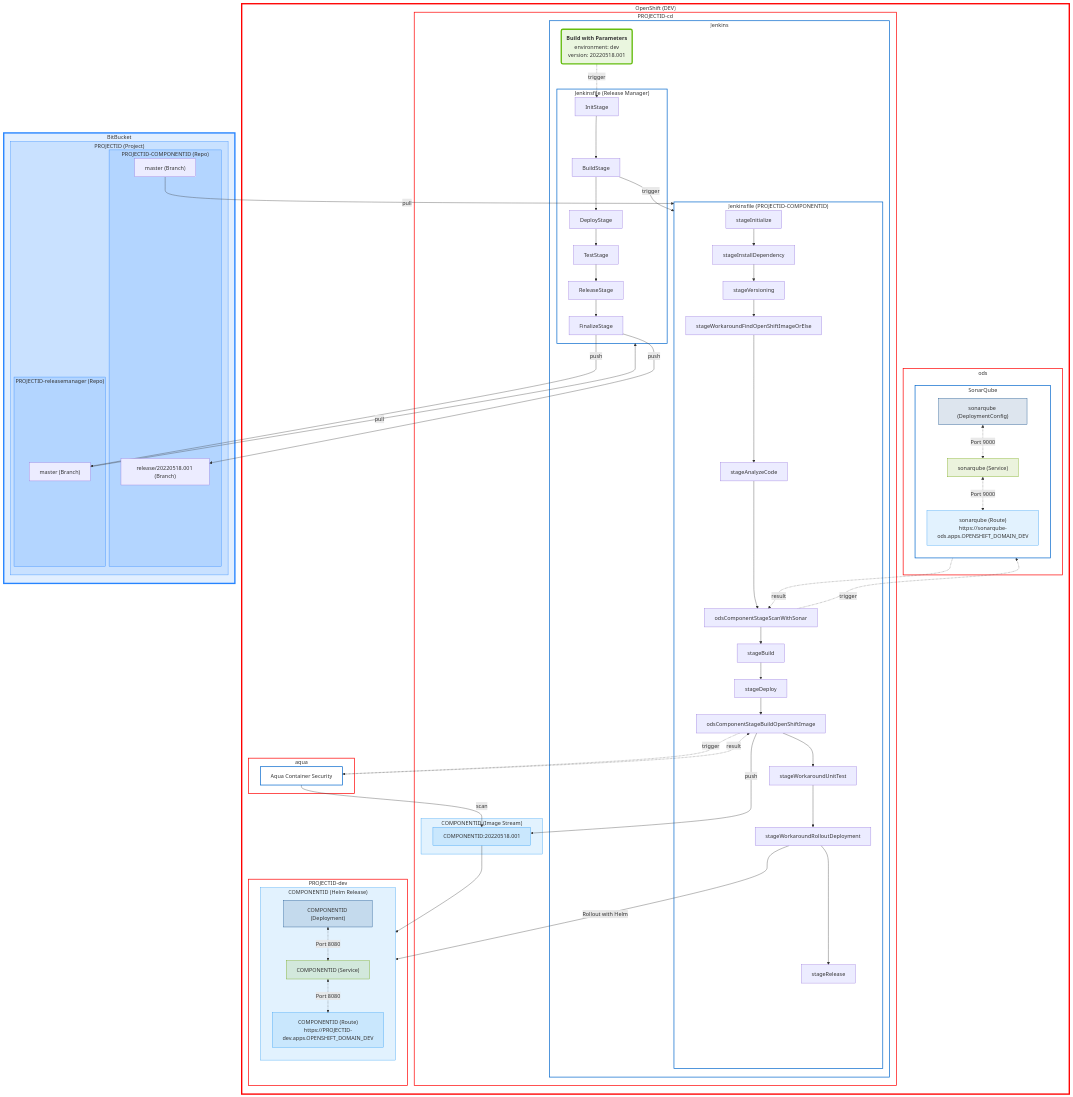
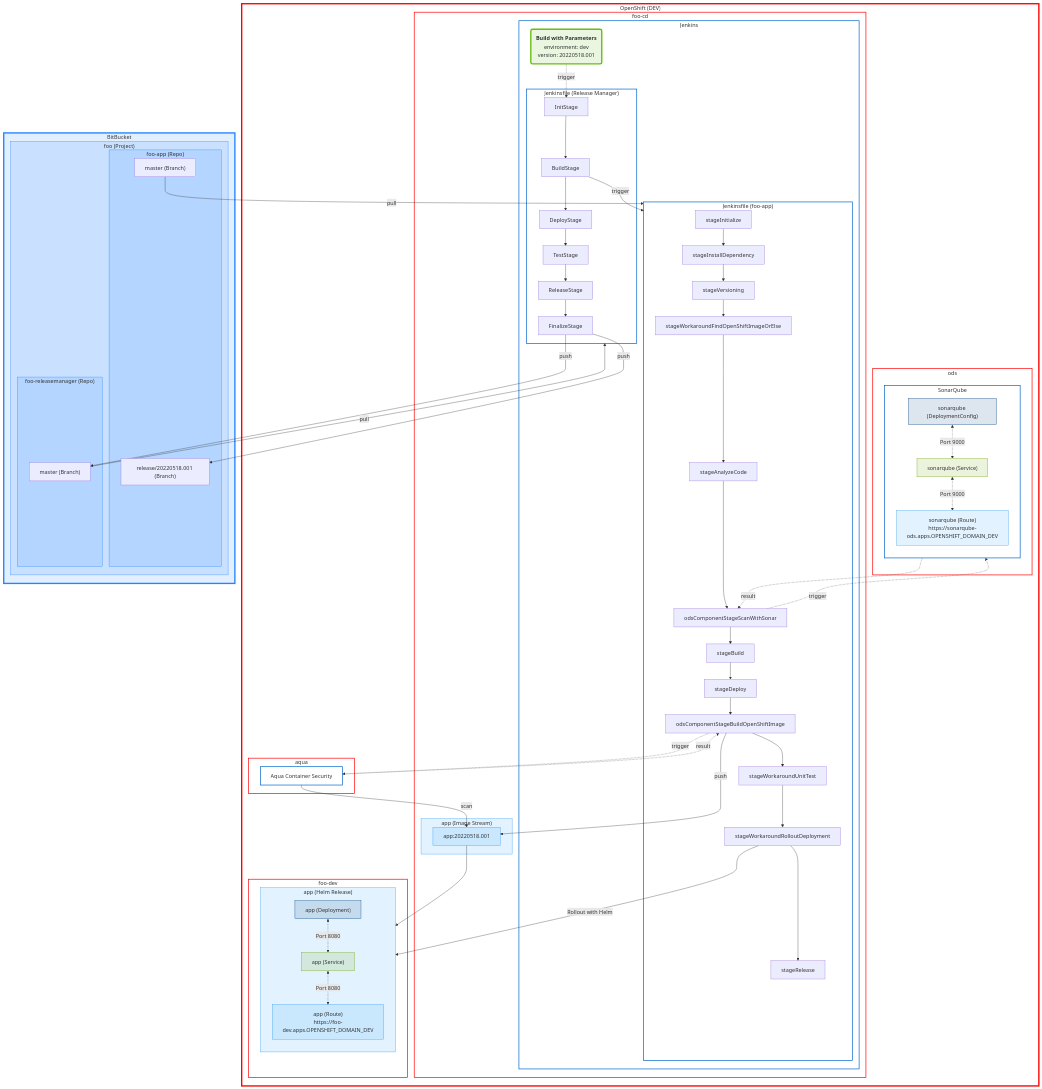
Before and after one commit to SimonGolms/ods-quickstarter-fe-ionic-react-vite-playwright: the third of 5 diagrams in README.md, drawn with Mermaid. The commit also changed other lines of this file and 1 other file, not shown here.

First line of the commit message:
chore(release): 1.0.3 [skip ci]

````diff
--- a/README.md
+++ b/README.md
@@ -717,9 +717,9 @@
 flowchart TB
     subgraph openshift-dev["OpenShift (DEV)"]
 
-        subgraph PROJECTID-cd
+        subgraph foo-cd
             subgraph jenkins["Jenkins"]
-                subgraph jenkinsfile-PROJECTID-COMPONENTID["Jenkinsfile (PROJECTID-COMPONENTID)"]
+                subgraph jenkinsfile-foo-app["Jenkinsfile (foo-app)"]
                     stageInitialize-->stageInstallDependency-->stageVersioning-->stageWorkaroundFindOpenShiftImageOrElse --> stageAnalyzeCode-->odsComponentStageScanWithSonar-->stageBuild-->stageDeploy-->odsComponentStageBuildOpenShiftImage-->stageWorkaroundUnitTest-->stageWorkaroundRolloutDeployment-->stageRelease
                 end
                 build-with-parameters("<strong>Build with Parameters</strong>\nenvironment: dev\nversion: 20220518.001"):::classManualTask
@@ -727,8 +727,8 @@
                     InitStage --> BuildStage --> DeployStage --> TestStage --> ReleaseStage --> FinalizeStage
                 end
             end
-            subgraph cd-IS-COMPONENTID["COMPONENTID (Image Stream)"]
-                cd-IST-COMPONENTID["COMPONENTID:20220518.001"]:::classImageStreamTag
+            subgraph cd-IS-app["app (Image Stream)"]
+                cd-IST-app["app:20220518.001"]:::classImageStreamTag
             end
         end
         subgraph ods
@@ -740,37 +740,37 @@
         subgraph aqua
             aqua-aqua["Aqua Container Security"]
         end
-        subgraph PROJECTID-dev
-            subgraph dev-HR-COMPONENTID["COMPONENTID (Helm Release)"]
+        subgraph foo-dev
+            subgraph dev-HR-app["app (Helm Release)"]
                 direction TB
-                dev-D-COMPONENTID["COMPONENTID (Deployment)"]:::classDeployment <-. Port 8080 .-> dev-S-COMPONENTID["COMPONENTID (Service)"]:::classService <-. Port 8080 .-> dev-RT-COMPONENTID["COMPONENTID (Route)\nhttps://PROJECTID-dev.apps.OPENSHIFT_DOMAIN_DEV"]:::classRoute
+                dev-D-app["app (Deployment)"]:::classDeployment <-. Port 8080 .-> dev-S-app["app (Service)"]:::classService <-. Port 8080 .-> dev-RT-app["app (Route)\nhttps://foo-dev.apps.OPENSHIFT_DOMAIN_DEV"]:::classRoute
             end
         end
     end
     subgraph BitBucket
-        subgraph bitbucket-PROJECTID["PROJECTID (Project)"]
-            subgraph bitbucket-PROJECTID-COMPONENTID["PROJECTID-COMPONENTID (Repo)"]
-                bitbucket-PROJECTID-COMPONENTID-branch-master["master (Branch)"]
-                bitbucket-PROJECTID-COMPONENTID-branch-release["release/20220518.001 (Branch)"]
+        subgraph bitbucket-foo["foo (Project)"]
+            subgraph bitbucket-foo-app["foo-app (Repo)"]
+                bitbucket-foo-app-branch-master["master (Branch)"]
+                bitbucket-foo-app-branch-release["release/20220518.001 (Branch)"]
             end
-            subgraph bitbucket-PROJECTID-releasemanager["PROJECTID-releasemanager (Repo)"]
-                bitbucket-PROJECTID-releasemanager-branch-master["master (Branch)"]
+            subgraph bitbucket-foo-releasemanager["foo-releasemanager (Repo)"]
+                bitbucket-foo-releasemanager-branch-master["master (Branch)"]
             end
         end
     end
 
-aqua-aqua -- scan --> cd-IST-COMPONENTID
-cd-IST-COMPONENTID --> dev-D-COMPONENTID
-bitbucket-PROJECTID-COMPONENTID-branch-master -- pull --> jenkinsfile-PROJECTID-COMPONENTID
-bitbucket-PROJECTID-releasemanager-branch-master -- pull --> jenkinsfile-releasemanager
-BuildStage -- trigger --> jenkinsfile-PROJECTID-COMPONENTID
+aqua-aqua -- scan --> cd-IST-app
+cd-IST-app --> dev-D-app
+bitbucket-foo-app-branch-master -- pull --> jenkinsfile-foo-app
+bitbucket-foo-releasemanager-branch-master -- pull --> jenkinsfile-releasemanager
+BuildStage -- trigger --> jenkinsfile-foo-app
 build-with-parameters -. trigger .-> InitStage
-FinalizeStage -- push --> bitbucket-PROJECTID-COMPONENTID-branch-release
-FinalizeStage -- push --> bitbucket-PROJECTID-releasemanager-branch-master
-odsComponentStageBuildOpenShiftImage -- push --> cd-IST-COMPONENTID
+FinalizeStage -- push --> bitbucket-foo-app-branch-release
+FinalizeStage -- push --> bitbucket-foo-releasemanager-branch-master
+odsComponentStageBuildOpenShiftImage -- push --> cd-IST-app
 odsComponentStageBuildOpenShiftImage -. trigger .-> aqua-aqua -. result .-> odsComponentStageBuildOpenShiftImage
 odsComponentStageScanWithSonar -. trigger .-> sonarqube -. result .-> odsComponentStageScanWithSonar
-stageWorkaroundRolloutDeployment -- "Rollout with Helm" --> dev-HR-COMPONENTID
+stageWorkaroundRolloutDeployment -- "Rollout with Helm" --> dev-HR-app
 
 %% stlyes
 classDef classBitBucket fill:#2684FF22,stroke:#2684FF,stroke-width:4px
@@ -789,10 +789,10 @@
 classDef classManualTask fill:#65bd1022,stroke:#65bd10,stroke-width:4px
 
 class BitBucket classBitBucket
-class bitbucket-PROJECTID,bitbucket-PROJECTID-COMPONENTID,bitbucket-PROJECTID-releasemanager classBitBucketProject
-class dev-HR-COMPONENTID classHelmRelease
-class cd-IS-COMPONENTID classImageStream
-class aqua,ods,PROJECTID-cd,PROJECTID-dev classOcpProject
-class aqua-aqua,jenkins,jenkinsfile-PROJECTID-COMPONENTID,jenkinsfile-releasemanager,sonarqube,webhook-proxy classOcpResource
+class bitbucket-foo,bitbucket-foo-app,bitbucket-foo-releasemanager classBitBucketProject
+class dev-HR-app classHelmRelease
+class cd-IS-app classImageStream
+class aqua,ods,foo-cd,foo-dev classOcpProject
+class aqua-aqua,jenkins,jenkinsfile-foo-app,jenkinsfile-releasemanager,sonarqube,webhook-proxy classOcpResource
 class openshift-dev classOpenShift
 ```
````
